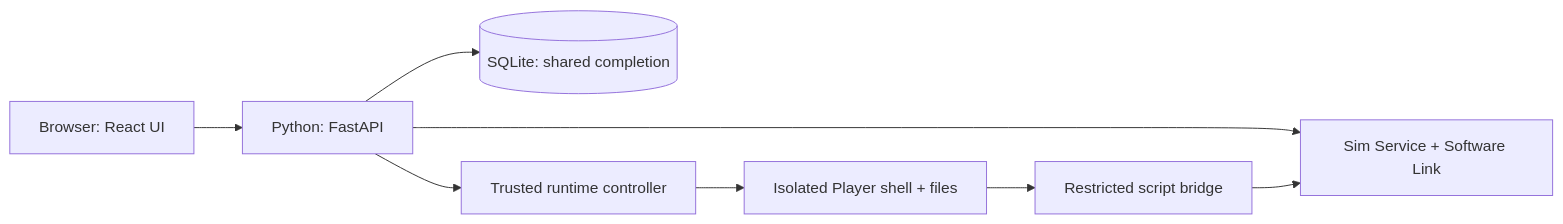
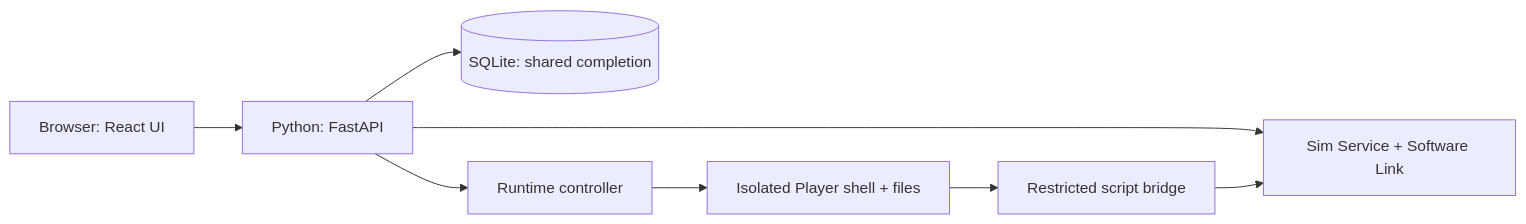
Before and after one commit to diab-ma/knights-sat-sim: the diagram in docs/specs/project-plan.md, drawn with Mermaid. The commit also changed other lines of this file and 13 other files, not shown here.

````diff
--- a/docs/specs/project-plan.md
+++ b/docs/specs/project-plan.md
@@ -7,10 +31,10 @@
 ```mermaid
 flowchart LR
     Browser[Browser: React UI] --> API[Python: FastAPI]
     API --> Sim[Sim Service + Software Link]
     API --> DB[(SQLite: shared completion)]
-    API --> Controller[Trusted runtime controller]
+    API --> Controller[Runtime controller]
     Controller --> Player[Isolated Player shell + files]
     Player --> Bridge[Restricted script bridge]
     Bridge --> Sim
 ```
````
